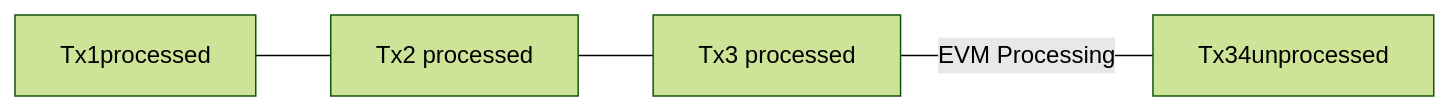
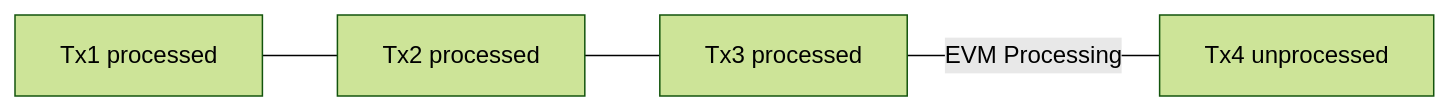
Before and after one commit to twizzworld/docs.skale.network: the first of 3 diagrams in components/technology/modules/ROOT/pages/consensus-spec.adoc, drawn with Mermaid (forest theme). The commit also changed other lines of this file, not shown here.

```diff
--- a/components/technology/modules/ROOT/pages/consensus-spec.adoc
+++ b/components/technology/modules/ROOT/pages/consensus-spec.adoc
@@ -12,5 +11,5 @@
 [mermaid]
 ....
 flowchart LR
-    b0[Tx1processed]---b1[Tx2 processed]---b2[Tx3 processed]---|EVM Processing|b3[Tx34unprocessed]   
+    b0[Tx1 processed]---b1[Tx2 processed]---b2[Tx3 processed]---|EVM Processing|b3[Tx4 unprocessed]   
 ....
```
